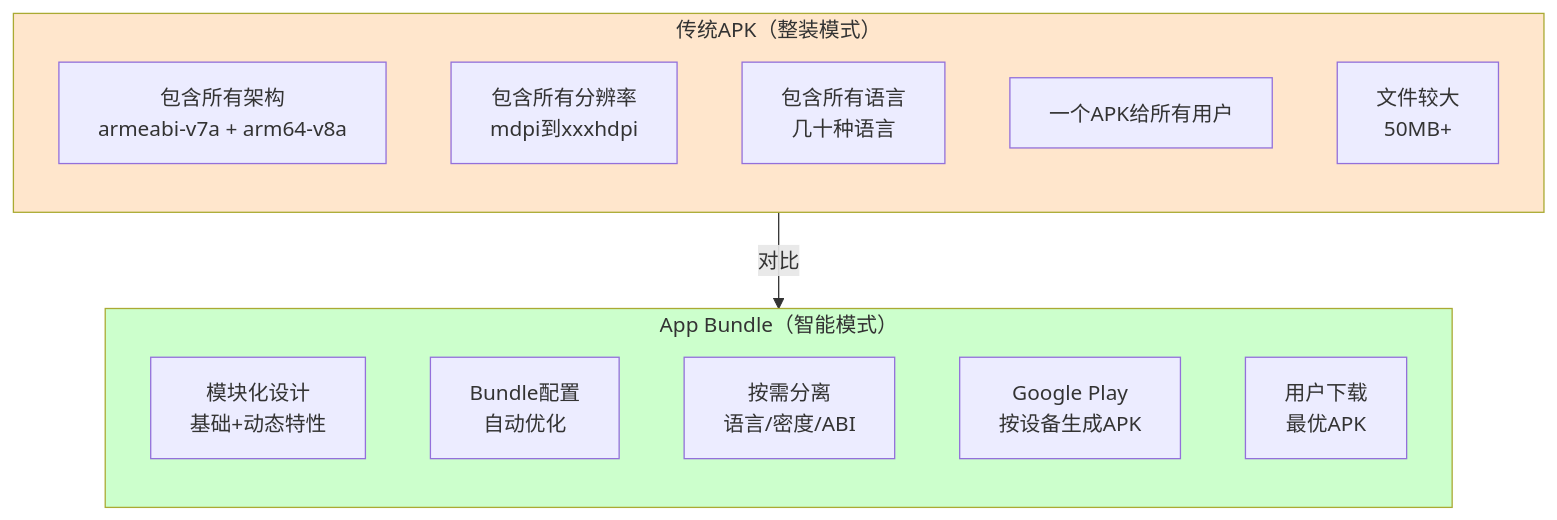
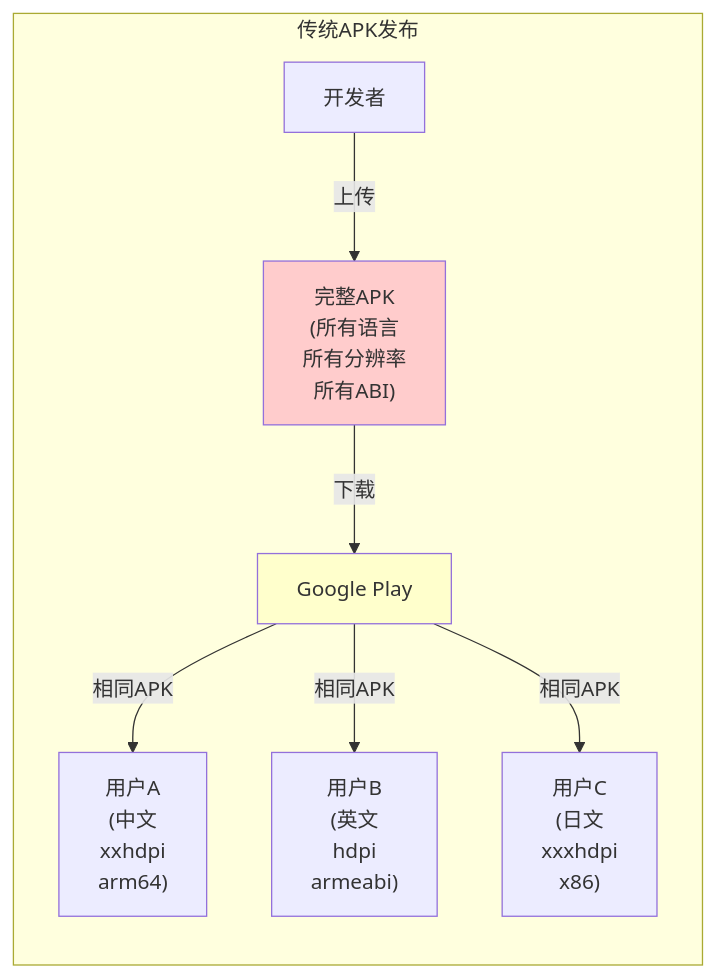
One commit to Carrie-L/carrie-l.github.io changed the first of 4 diagrams in AndroidDeveloperGuideStory/Contents/vol21/21.1.40 SingleArtifact.BUNDLE.md. Above: the diagram before and after it, drawn with Mermaid. The commit also changed other lines of this file, not shown here.

````diff
--- a/AndroidDeveloperGuideStory/Contents/vol21/21.1.40 SingleArtifact.BUNDLE.md
+++ b/AndroidDeveloperGuideStory/Contents/vol21/21.1.40 SingleArtifact.BUNDLE.md
@@ -53,25 +57,21 @@
 ```mermaid
-flowchart TB
-    subgraph APK_Side["传统APK（整装模式）"]
+flowchart LR
+    subgraph Traditional["传统APK发布"]
         direction TB
-        APK_Complete["包含所有架构<br/>armeabi-v7a + arm64-v8a"]
-        APK_Density["包含所有分辨率<br/>mdpi到xxxhdpi"]
-        APK_Lang["包含所有语言<br/>几十种语言"]
-        APK_Universal["一个APK给所有用户"]
-        APK_Size["文件较大<br/>50MB+"]
+        Dev["开发者"]
+        APK1["完整APK<br/>(所有语言<br/>所有分辨率<br/>所有ABI)"]
+        Play["Google Play"]
+        User1["用户A<br/>(中文<br/>xxhdpi<br/>arm64)"]
+        User2["用户B<br/>(英文<br/>hdpi<br/>armeabi)"]
+        User3["用户C<br/>(日文<br/>xxxhdpi<br/>x86)"]
     end
     
-    subgraph AAB_Side["App Bundle（智能模式）"]
-        direction TB
-        AAB_Module["模块化设计<br/>基础+动态特性"]
-        AAB_Config["Bundle配置<br/>自动优化"]
-        AAB_Split["按需分离<br/>语言/密度/ABI"]
-        AAB_GooglePlay["Google Play<br/>按设备生成APK"]
-        AAB_Optimized["用户下载<br/>最优APK"]
-    end
+    Dev -->|上传| APK1
+    APK1 -->|下载| Play
+    Play -->|相同APK| User1
+    Play -->|相同APK| User2
+    Play -->|相同APK| User3
     
-    APK_Side -->|对比| AAB_Side
-    
-    style APK_Side fill:#ffe6cc
-    style AAB_Side fill:#ccffcc
+    style APK1 fill:#ffcccc
+    style Play fill:#ffffcc
 ```
````
